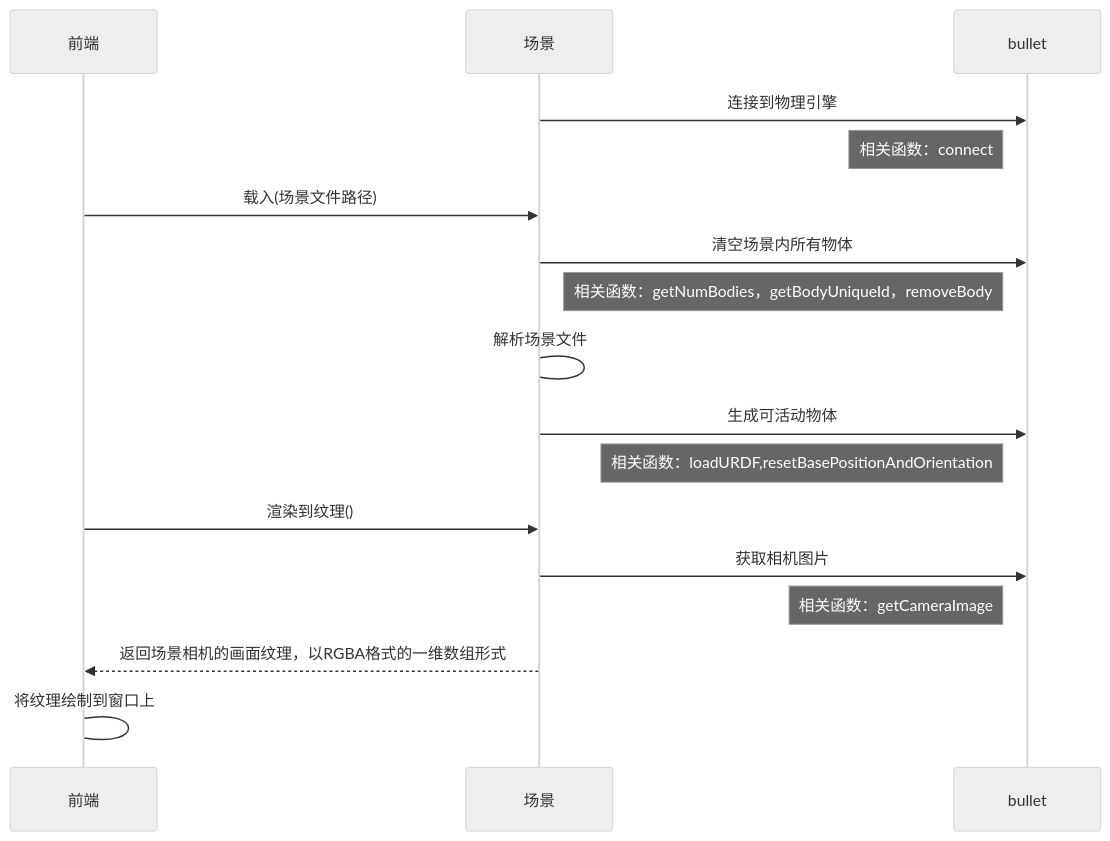
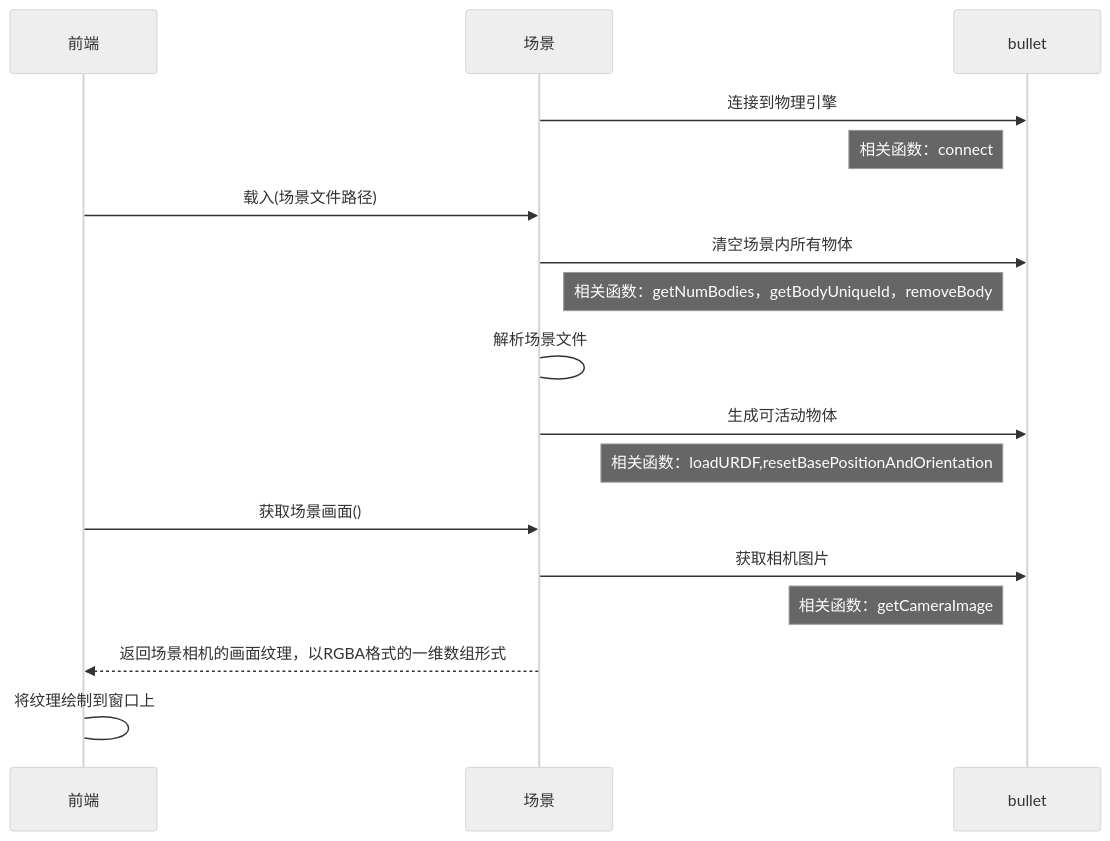
One commit to sltruman/practical-tools changed the first of 12 diagrams in README.md. Above: the diagram before and after it, drawn with Mermaid (neutral theme). The commit also changed other lines of this file and 6 other files, not shown here.

````diff
--- a/README.md
+++ b/README.md
@@ -86,18 +89,18 @@
 ```mermaid
 sequenceDiagram
     participant ui as 前端
     participant scene as 场景
     scene->>bullet: 连接到物理引擎 
     note left of bullet: 相关函数：connect
     ui->>scene: 载入(场景文件路径)
     scene->>bullet: 清空场景内所有物体
     note left of bullet: 相关函数：getNumBodies，getBodyUniqueId，removeBody
     scene->scene: 解析场景文件
     scene->>bullet: 生成可活动物体
     note left of bullet: 相关函数：loadURDF,resetBasePositionAndOrientation
-    ui->>scene: 渲染到纹理()
+    ui->>scene: 获取场景画面()
     scene->>bullet: 获取相机图片
     note left of bullet: 相关函数：getCameraImage
     scene-->>ui: 返回场景相机的画面纹理，以RGBA格式的一维数组形式
     ui->ui: 将纹理绘制到窗口上
 ```
````
